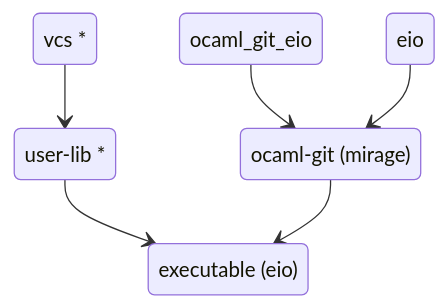
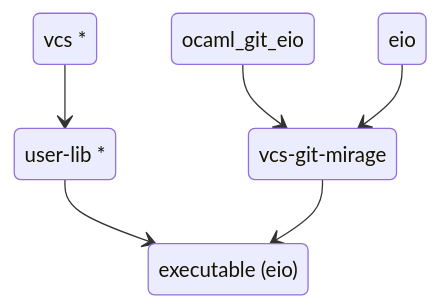
The third of 3 diagrams in doc/docs/explanation/README.md (mbarbin/vcs), drawn with Mermaid before and after one commit.

Commit message:
Fix ocaml-git diagram

````diff
--- a/doc/docs/explanation/README.md
+++ b/doc/docs/explanation/README.md
@@ -63,14 +63,14 @@
 ```mermaid
 stateDiagram-v2
   vcs : vcs *
   user : user-lib *
   executable : executable (eio)
-  ocaml_git : ocaml_git_eio
-  backend : ocaml-git (mirage)
+  ocaml_git_eio : ocaml_git_eio
+  backend : vcs-git-mirage
   runtime : eio
   vcs --> user
   user --> executable
-  ocaml_git --> backend
+  ocaml_git_eio --> backend
   runtime --> backend
   backend --> executable
 ```
````
